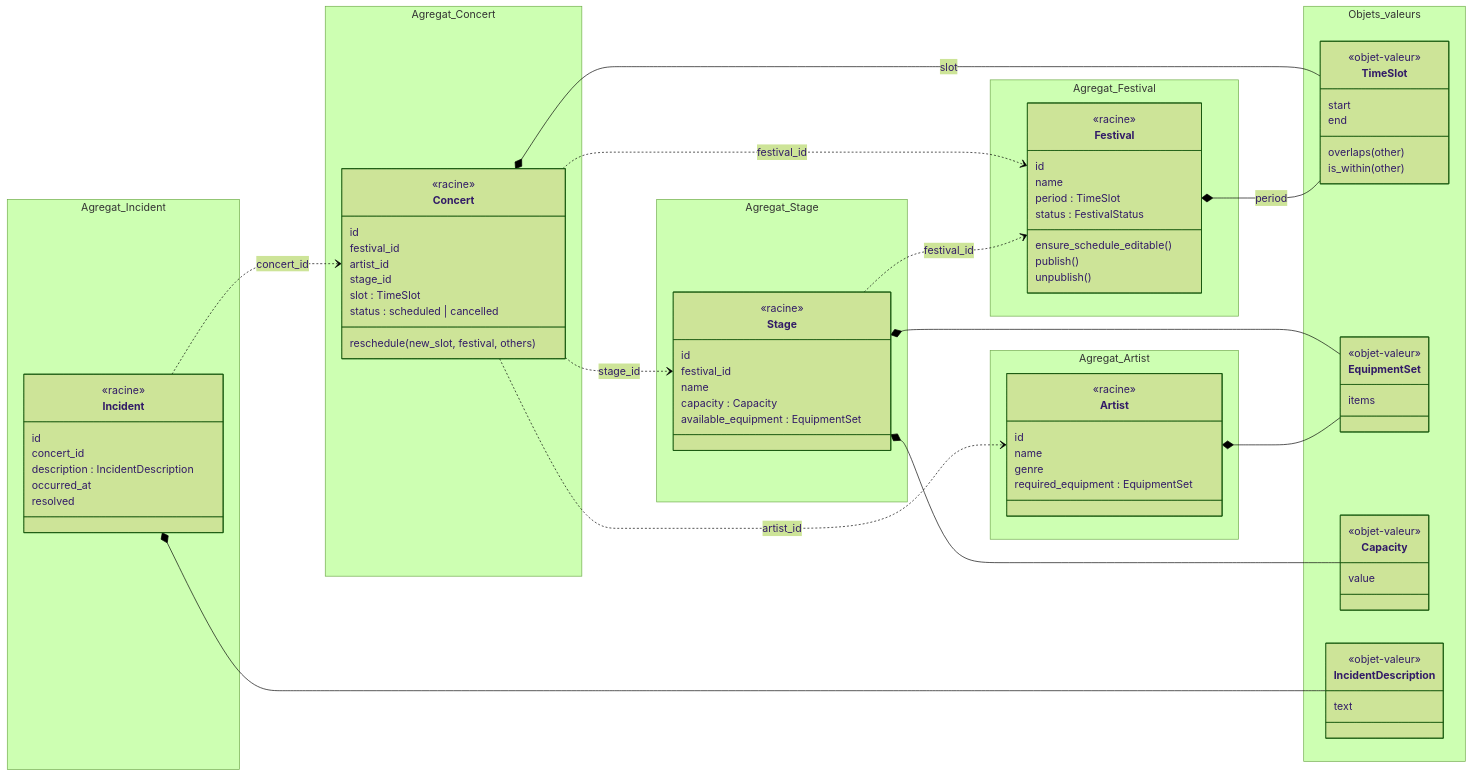
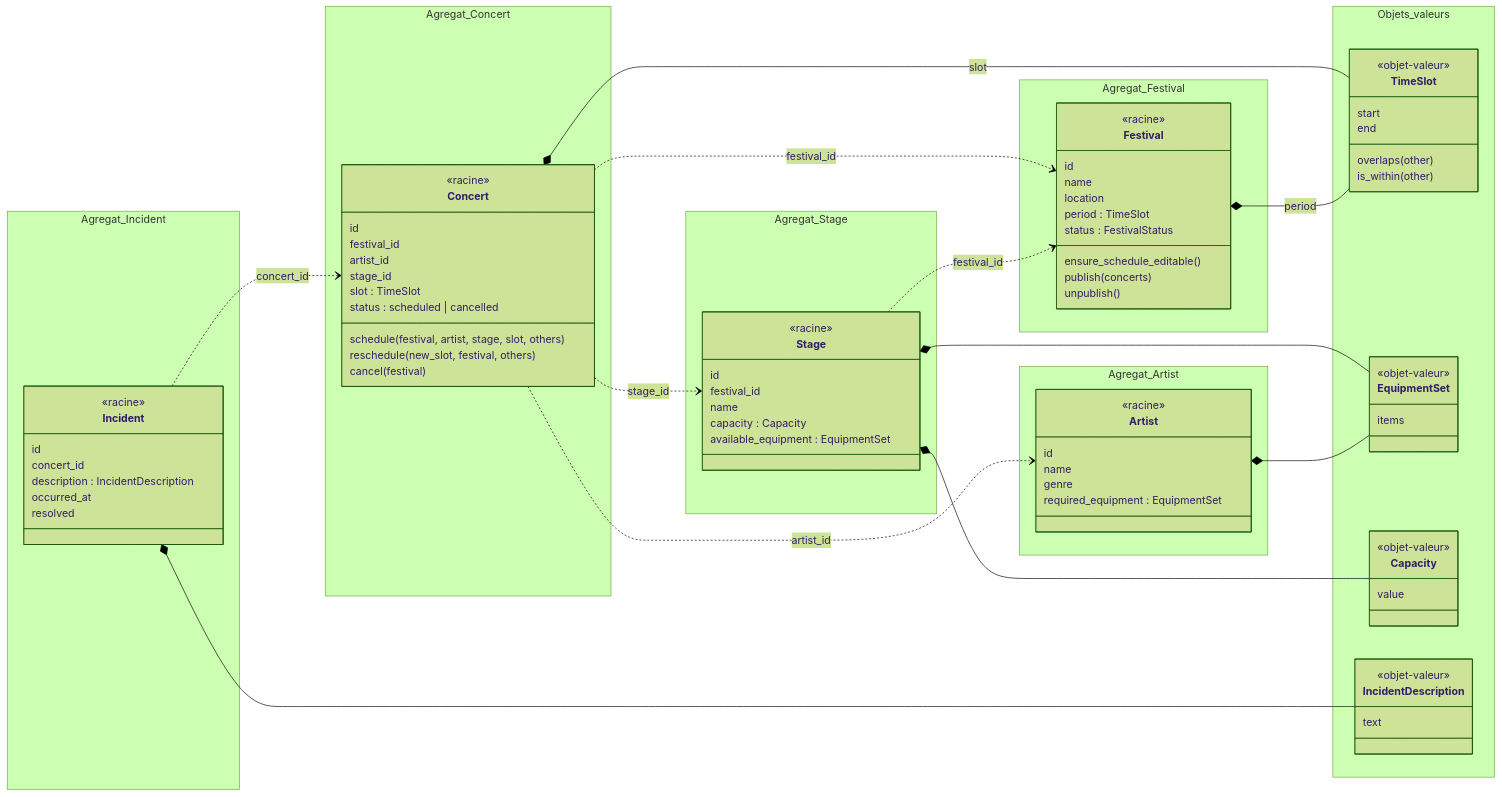
The first of 2 diagrams in festiplan/livrables/modele-domaine.md (gabichcochet/FestiplanbyNicoWillyGabi), drawn with Mermaid (forest theme) before and after one commit. The commit also changed other lines of this file and 34 other files, not shown here.

```diff
--- a/festiplan/livrables/modele-domaine.md
+++ b/festiplan/livrables/modele-domaine.md
@@ -15,7 +15,9 @@
             stage_id
             slot : TimeSlot
             status : scheduled | cancelled
+            schedule(festival, artist, stage, slot, others)
             reschedule(new_slot, festival, others)
+            cancel(festival)
         }
     }
 
@@ -24,10 +26,11 @@
             <<racine>>
             id
             name
+            location
             period : TimeSlot
             status : FestivalStatus
             ensure_schedule_editable()
-            publish()
+            publish(concerts)
             unpublish()
         }
     }
```
